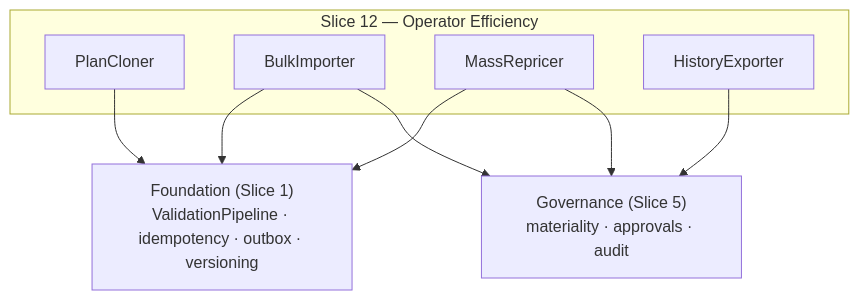
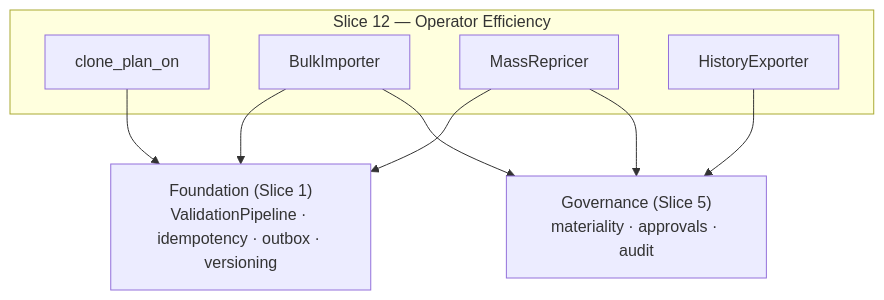
One commit to diffora/gears-rust changed the diagram in gears/bss/pricing/docs/design/12-operator-efficiency.md. Above: the diagram before and after it, drawn with Mermaid. The commit also changed other lines of this file and 6 other files, not shown here.

````diff
--- a/gears/bss/pricing/docs/design/12-operator-efficiency.md
+++ b/gears/bss/pricing/docs/design/12-operator-efficiency.md
@@ -115,17 +115,17 @@
 ```mermaid
 flowchart TB
     subgraph s12["Slice 12 — Operator Efficiency"]
-        PC["PlanCloner"]
+        PC["clone_plan_on"]
         BI["BulkImporter"]
         MR["MassRepricer"]
         HE["HistoryExporter"]
     end
     FND["Foundation (Slice 1)<br/>ValidationPipeline · idempotency · outbox · versioning"]
     GOV["Governance (Slice 5)<br/>materiality · approvals · audit"]
     PC --> FND
     BI --> FND
     MR --> FND
     MR --> GOV
     BI --> GOV
     HE --> GOV
 ```
````
